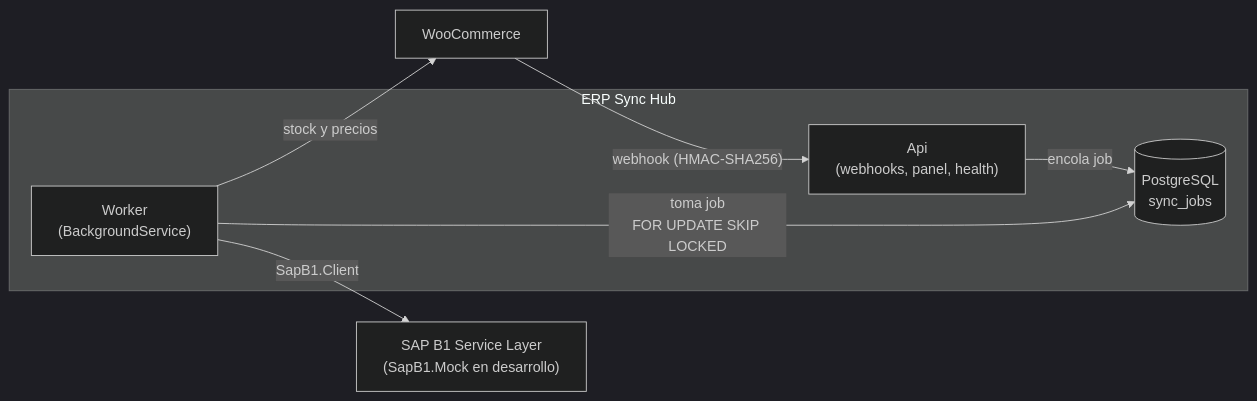
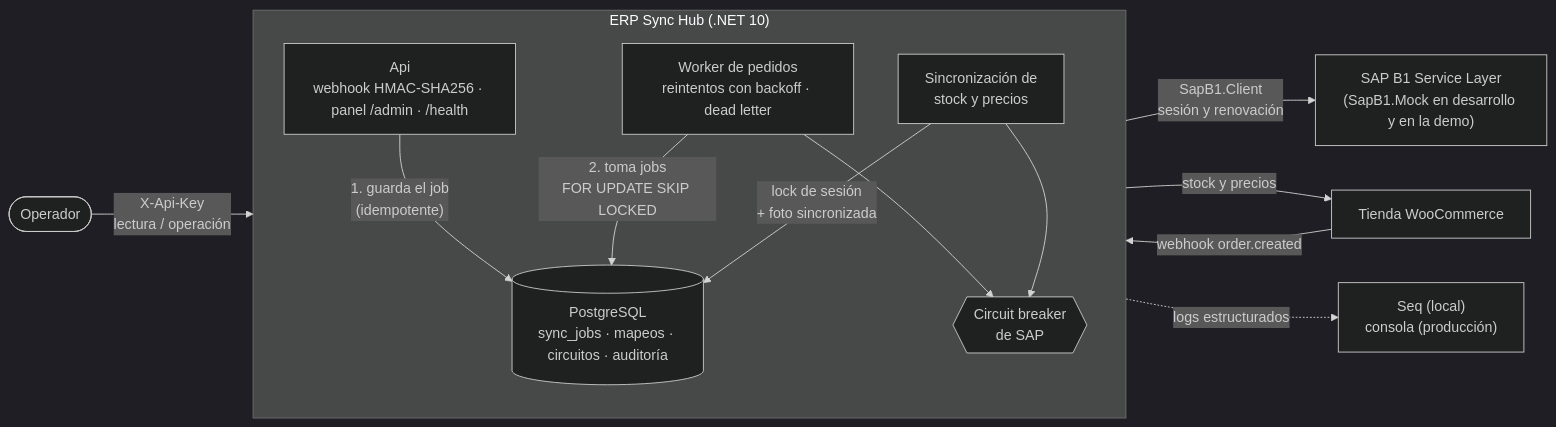
One commit to nachoLuarca/erp-sync-hub changed the diagram in README.md. Above: the diagram before and after it, drawn with Mermaid (dark theme). The commit also changed other lines of this file, not shown here.

First line of the commit message:
docs: README final con diagrama, evaluación en 5 minutos, patrones y badges

````diff
--- a/README.md
+++ b/README.md
@@ -24,13 +55,25 @@
 ```mermaid
 flowchart LR
-    Tienda["WooCommerce"] -- "webhook (HMAC-SHA256)" --> Api
-    subgraph Hub["ERP Sync Hub"]
-        Api["Api<br/>(webhooks, panel, health)"]
-        Worker["Worker<br/>(BackgroundService)"]
-        DB[("PostgreSQL<br/>sync_jobs")]
-        Api -- "encola job" --> DB
-        Worker -- "toma job<br/>FOR UPDATE SKIP LOCKED" --> DB
+    Tienda["Tienda WooCommerce"]
+    Operador(["Operador"])
+
+    subgraph Hub["ERP Sync Hub (.NET 10)"]
+        direction TB
+        Api["Api<br/>webhook HMAC-SHA256 · panel /admin · /health"]
+        Worker["Worker de pedidos<br/>reintentos con backoff · dead letter"]
+        Sync["Sincronización de<br/>stock y precios"]
+        CB{{"Circuit breaker<br/>de SAP"}}
+        Api -- "1. guarda el job<br/>(idempotente)" --> DB
+        Worker -- "2. toma jobs<br/>FOR UPDATE SKIP LOCKED" --> DB
+        Worker --> CB
+        Sync --> CB
+        DB[("PostgreSQL<br/>sync_jobs · mapeos · circuitos · auditoría")]
+        Sync -- "lock de sesión<br/>+ foto sincronizada" --> DB
     end
-    Worker -- "SapB1.Client" --> SAP["SAP B1 Service Layer<br/>(SapB1.Mock en desarrollo)"]
-    Worker -- "stock y precios" --> Tienda
+
+    Tienda -- "webhook order.created" --> Api
+    CB -- "SapB1.Client<br/>sesión y renovación" --> SAP["SAP B1 Service Layer<br/>(SapB1.Mock en desarrollo y en la demo)"]
+    Sync -- "stock y precios" --> Tienda
+    Operador -- "X-Api-Key<br/>lectura / operación" --> Api
+    Hub -. "logs estructurados" .-> Logs["Seq (local)<br/>consola (producción)"]
 ```
````
